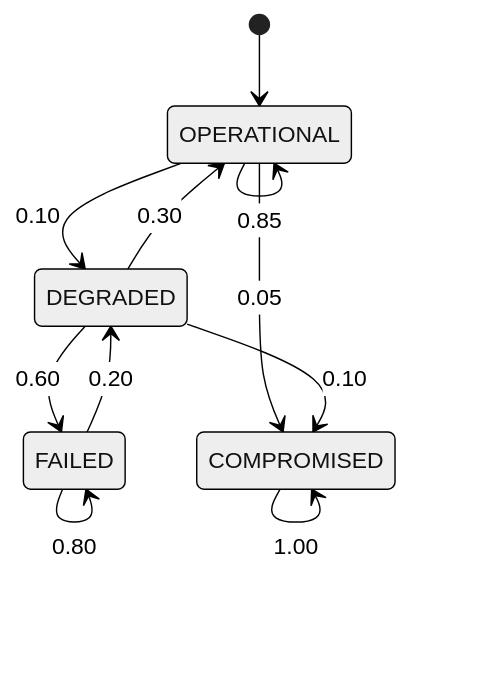
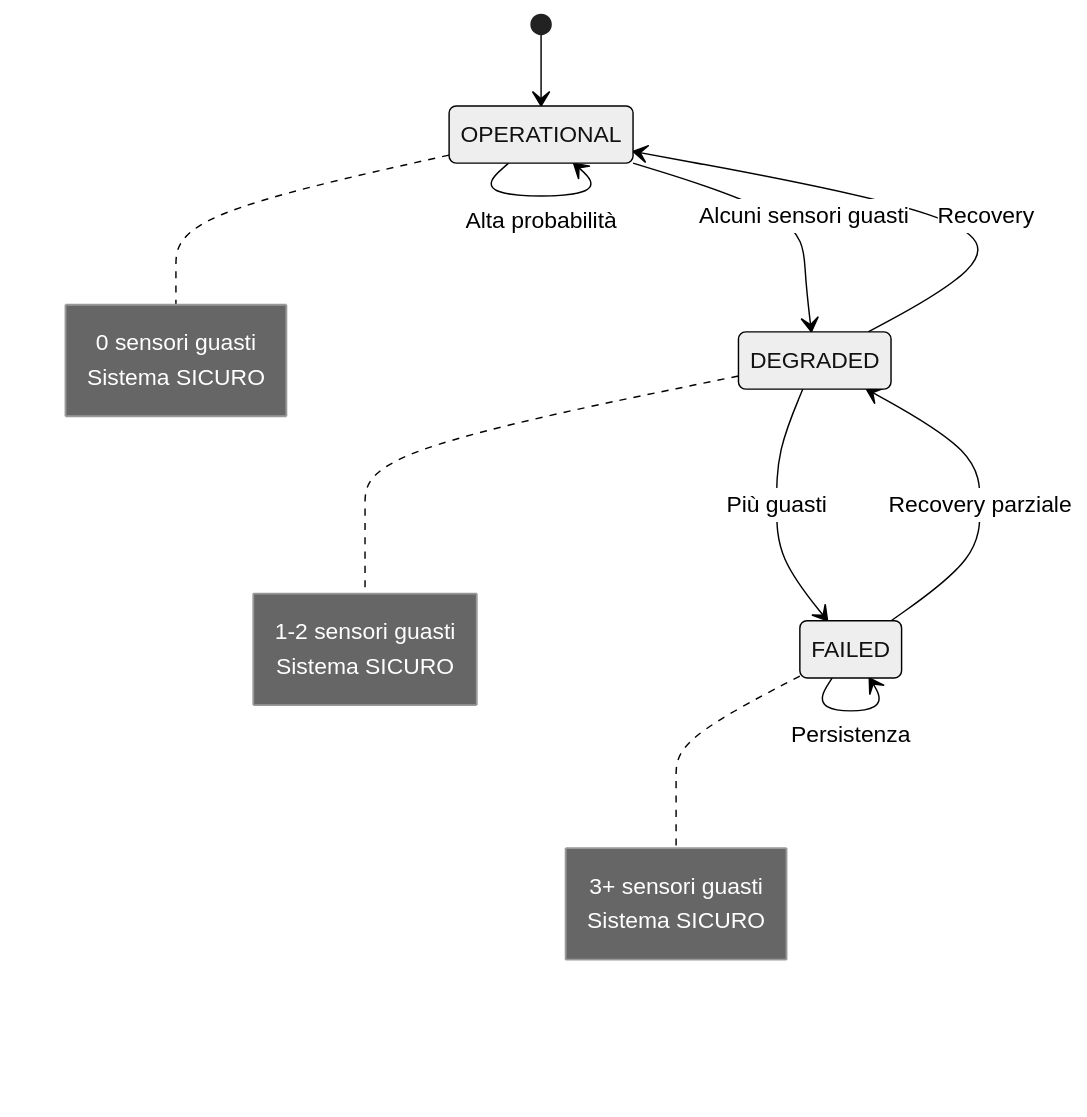
The second of 2 diagrams in prism/MARKOV_CHAIN_ANALYSIS.md (lucabelard/ProgettoSoftwareSecurity), drawn with Mermaid (neutral theme) before and after one commit. The commit also changed other lines of this file and 2 other files, not shown here.

````diff
--- a/prism/MARKOV_CHAIN_ANALYSIS.md
+++ b/prism/MARKOV_CHAIN_ANALYSIS.md
@@ -38,17 +108,28 @@
 ```mermaid
 stateDiagram-v2
     [*] --> OPERATIONAL
     
-    OPERATIONAL --> OPERATIONAL : 0.85
-    OPERATIONAL --> DEGRADED : 0.10
-    OPERATIONAL --> COMPROMISED : 0.05
+    OPERATIONAL --> OPERATIONAL : Alta probabilità
+    OPERATIONAL --> DEGRADED : Alcuni sensori guasti
     
-    DEGRADED --> OPERATIONAL : 0.30
-    DEGRADED --> FAILED : 0.60
-    DEGRADED --> COMPROMISED : 0.10
+    DEGRADED --> OPERATIONAL : Recovery
+    DEGRADED --> FAILED : Più guasti
     
-    FAILED --> DEGRADED : 0.20
-    FAILED --> FAILED : 0.80
+    FAILED --> DEGRADED : Recovery parziale
+    FAILED --> FAILED : Persistenza
     
-    COMPROMISED --> COMPROMISED : 1.00
+    note right of OPERATIONAL
+        0 sensori guasti
+        Sistema SICURO
+    end note
+    
+    note right of DEGRADED
+        1-2 sensori guasti
+        Sistema SICURO
+    end note
+    
+    note right of FAILED
+        3+ sensori guasti
+        Sistema SICURO
+    end note
 ```
````
